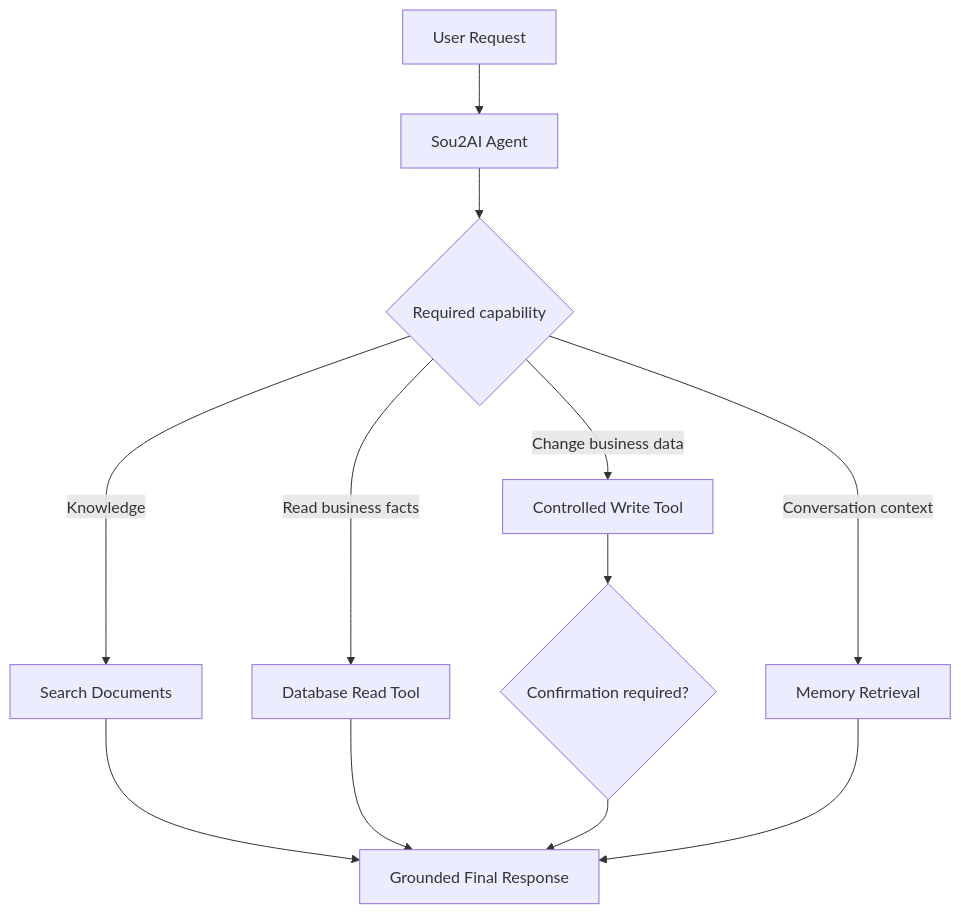
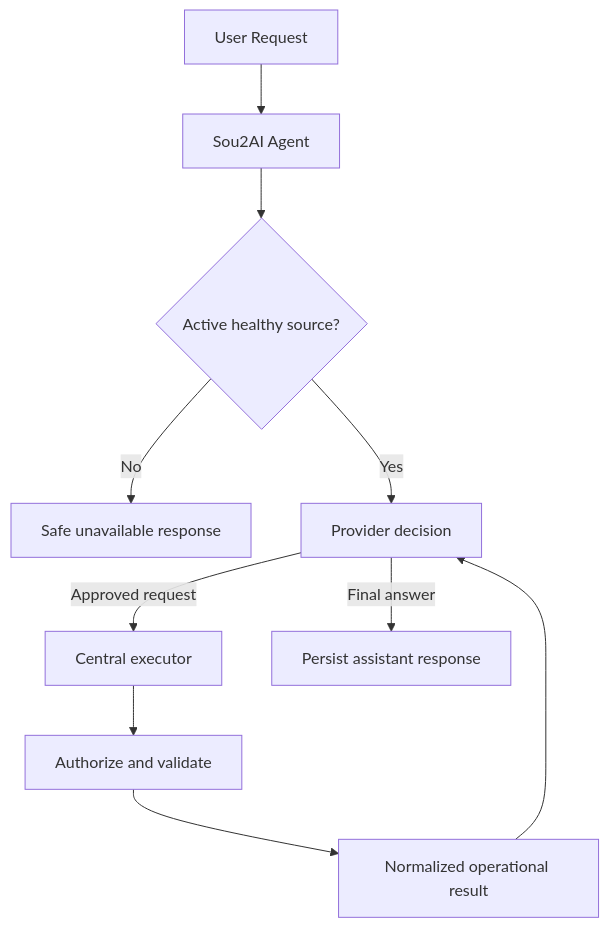
Before and after one commit to mohamedwaked05/Sou2-AI: the fourth of 5 diagrams in ARCHITECTURE.md, drawn with Mermaid. The commit also changed other lines of this file and 12 other files, not shown here.

Commit message:
feat(agent): add controlled operational tool calling

````diff
--- a/ARCHITECTURE.md
+++ b/ARCHITECTURE.md
@@ -181,14 +195,12 @@
 ```mermaid
 flowchart TD
     R[User Request] --> A[Sou2AI Agent]
-    A --> D{Required capability}
-    D -->|Knowledge| RAG[Search Documents]
-    D -->|Read business facts| READ[Database Read Tool]
-    D -->|Change business data| WRITE[Controlled Write Tool]
-    D -->|Conversation context| MEM[Memory Retrieval]
-    RAG --> FINAL[Grounded Final Response]
-    READ --> FINAL
-    WRITE --> CONFIRM{Confirmation required?}
-    CONFIRM --> FINAL
-    MEM --> FINAL
+    A --> CHECK{Active healthy source?}
+    CHECK -->|No| SAFE[Safe unavailable response]
+    CHECK -->|Yes| P[Provider decision]
+    P -->|Approved request| E[Central executor]
+    E --> V[Authorize and validate]
+    V --> O[Normalized operational result]
+    O --> P
+    P -->|Final answer| FINAL[Persist assistant response]
 ```
````
